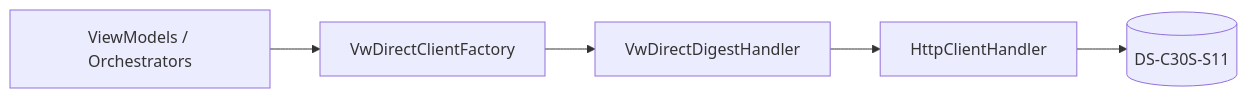
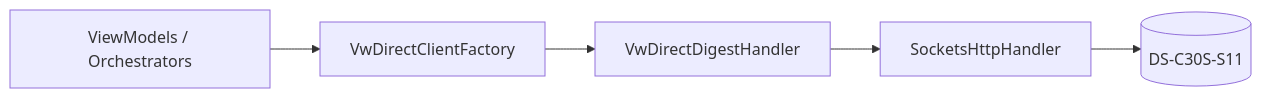
The diagram in DocBusinessThienAn/HữuNghị-ChiLăng/VideoWall/videowall-record-replay.md (DatHoang29/ThienAn), drawn with Mermaid before and after one commit. The commit also changed other lines of this file and 12 other files, not shown here.

````diff
--- a/DocBusinessThienAn/HữuNghị-ChiLăng/VideoWall/videowall-record-replay.md
+++ b/DocBusinessThienAn/HữuNghị-ChiLăng/VideoWall/videowall-record-replay.md
@@ -55,7 +59,7 @@
 ```mermaid
 flowchart LR
     VM[ViewModels / Orchestrators] --> Factory[VwDirectClientFactory]
     Factory --> DH[VwDirectDigestHandler]
-    DH --> HH[HttpClientHandler]
+    DH --> HH[SocketsHttpHandler]
     HH --> Dev[(DS-C30S-S11)]
 ```
````
